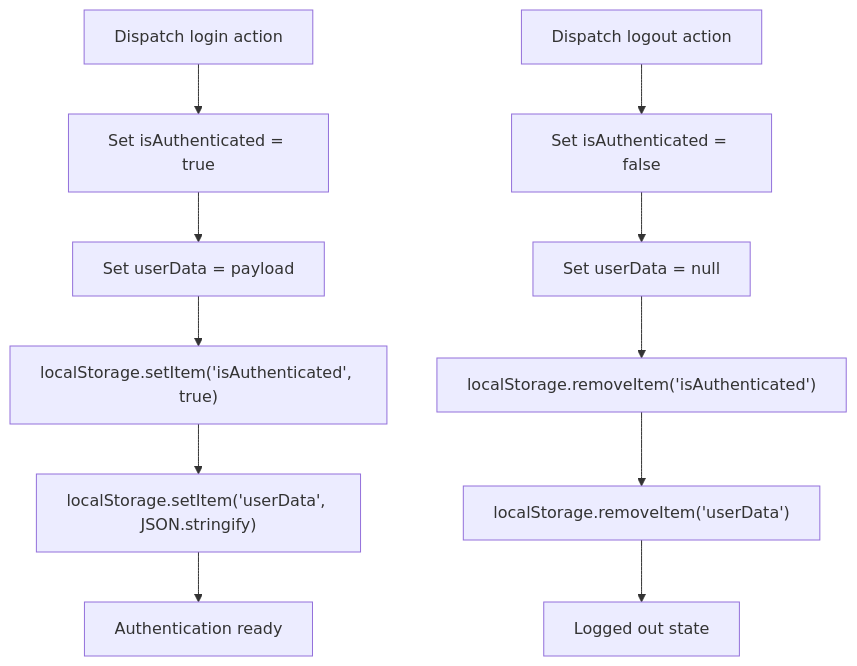
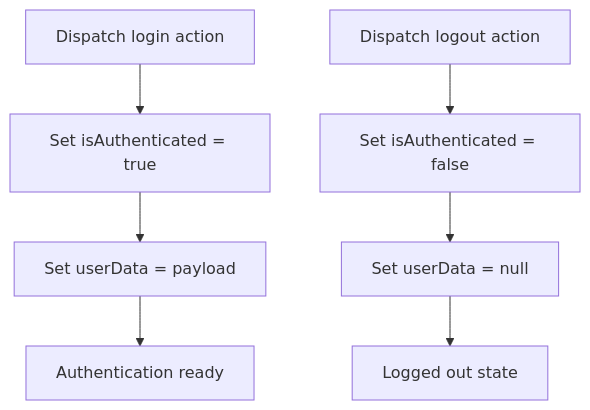
One commit to Aryan9060/Timetable-Project changed the seventh of 11 diagrams in .qoder/repowiki/en/content/Authentication & Authorization/Authentication & Authorization.md. Above: the diagram before and after it, drawn with Mermaid. The commit also changed other lines of this file and 21 other files, not shown here.

First line of the commit message:
feat(auth): implement comprehensive JWT-based authentication system

````diff
--- a/.qoder/repowiki/en/content/Authentication & Authorization/Authentication & Authorization.md
+++ b/.qoder/repowiki/en/content/Authentication & Authorization/Authentication & Authorization.md
@@ -368,13 +366,9 @@
 ```mermaid
 flowchart TD
 LoginAction["Dispatch login action"] --> SetAuth["Set isAuthenticated = true"]
 SetAuth --> SetUser["Set userData = payload"]
-SetUser --> Persist["localStorage.setItem('isAuthenticated', true)"]
-Persist --> PersistUser["localStorage.setItem('userData', JSON.stringify)"]
-PersistUser --> Ready["Authentication ready"]
+SetUser --> Ready["Authentication ready"]
 LogoutAction["Dispatch logout action"] --> ClearAuth["Set isAuthenticated = false"]
 ClearAuth --> ClearUser["Set userData = null"]
-ClearUser --> RemoveAuth["localStorage.removeItem('isAuthenticated')"]
-RemoveAuth --> RemoveUser["localStorage.removeItem('userData')"]
-RemoveUser --> LoggedOut["Logged out state"]
+ClearUser --> LoggedOut["Logged out state"]
 ```
````
